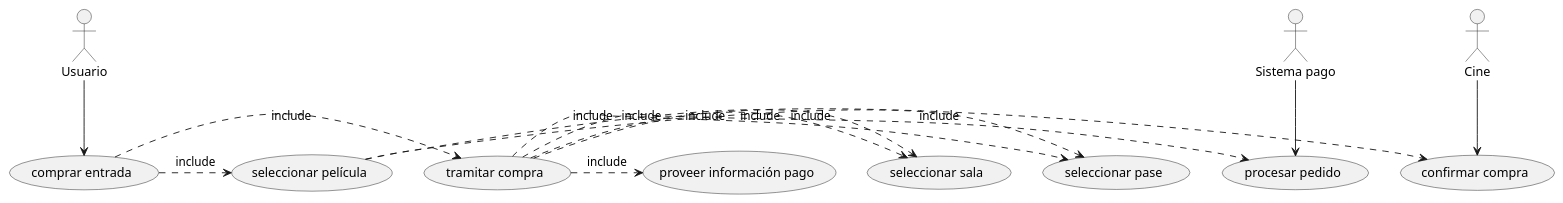
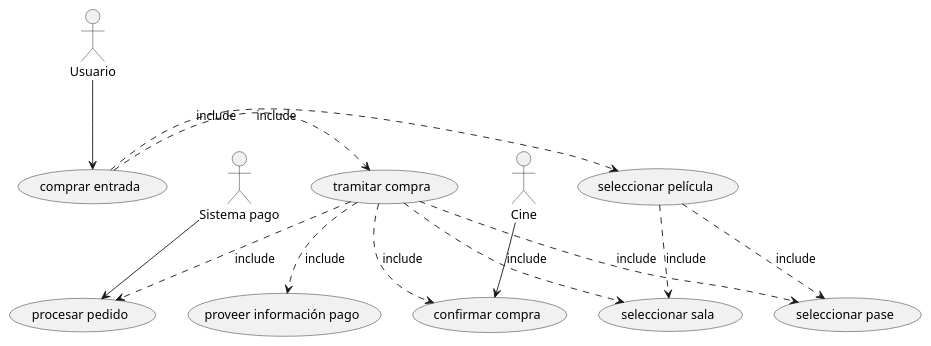
The diagram in docs/casos_uso/comprar_entradas.puml (eerii/daw), drawn with PlantUML before and after one commit. The commit also changed 5 other files, not shown here.

```diff
--- a/docs/casos_uso/comprar_entradas.puml
+++ b/docs/casos_uso/comprar_entradas.puml
@@ -1,31 +1,31 @@
 @startuml
 actor Usuario as U 
 actor "Sistema pago" as SC 
 actor Cine as C 
 
 usecase "comprar entrada" as 1
 usecase "seleccionar película" as 2
 usecase "seleccionar pase" as 3
 usecase "seleccionar sala" as 4
 usecase "proveer información pago" as 5
 usecase "tramitar compra" as 6
 usecase "procesar pedido" as 7
 usecase "confirmar compra" as 8
 
 U --> 1
 SC --> 7
 C --> 8
 
 1 .> 2 : include
 1 .> 6 : include
 
-2 .> 3 : include
-2 .> 4 : include
+2 ..> 3 : include
+2 ..> 4 : include
 
-6 .> 3 : include
-6 .> 4 : include
-6 .> 5 : include
-6 .> 7 : include
-6 .> 8 : include
+6 ..> 3 : include
+6 ..> 4 : include
+6 ..> 5 : include
+6 ..> 7 : include
+6 ..> 8 : include
 
 @enduml
```
